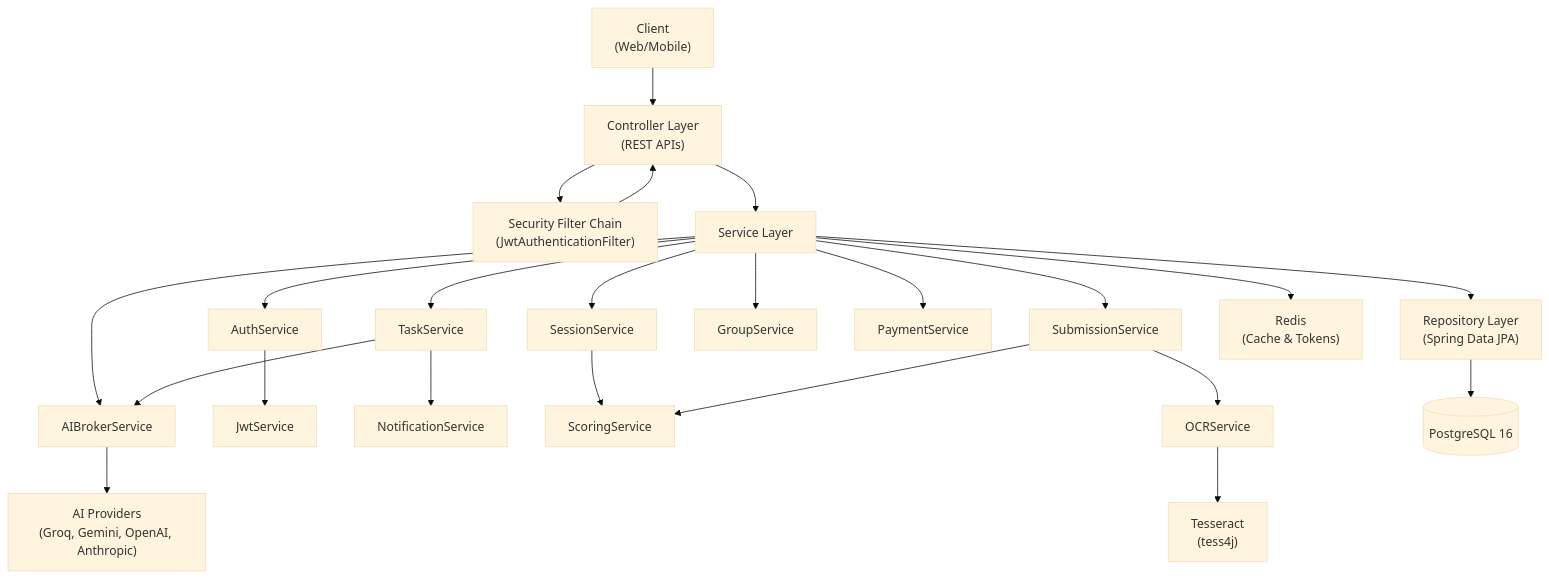
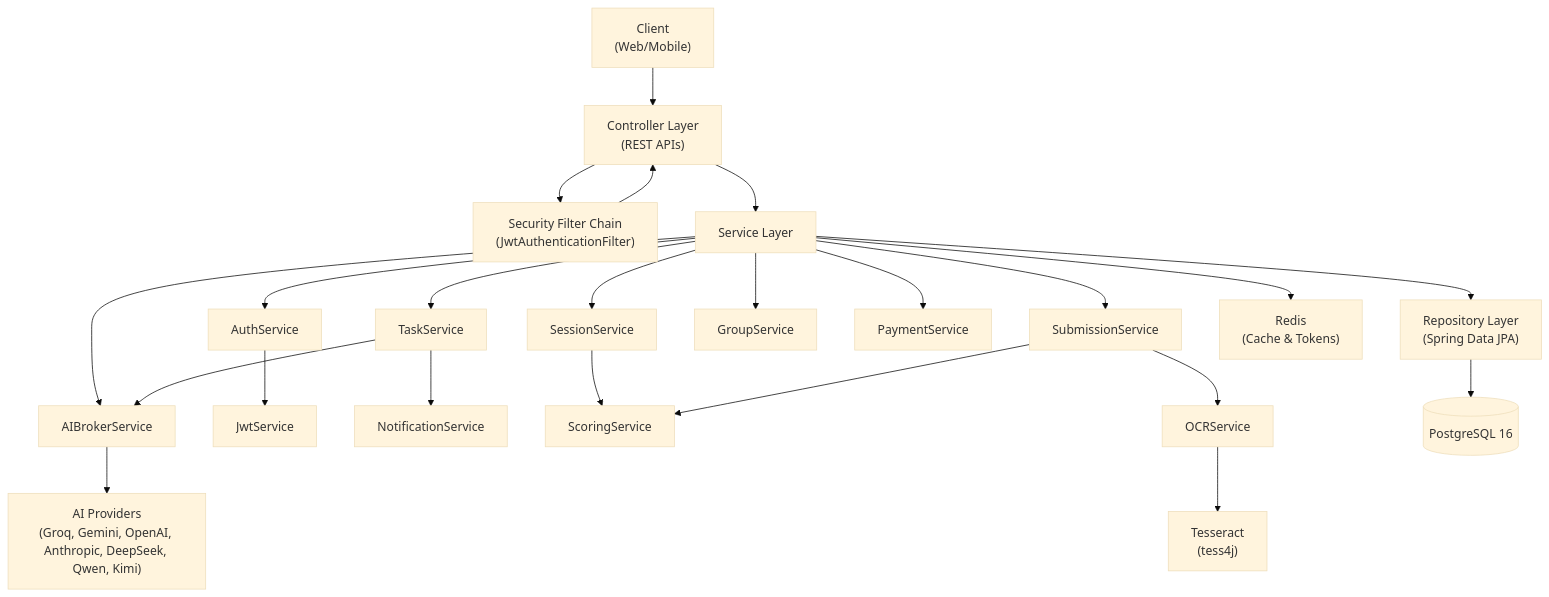
One commit to botmaksim/lingua-optima changed the first of 4 diagrams in docs/BACKEND.md. Above: the diagram before and after it, drawn with Mermaid (base theme). The commit also changed other lines of this file and 2 other files, not shown here.

````diff
--- a/docs/BACKEND.md
+++ b/docs/BACKEND.md
@@ -208,31 +208,31 @@
 ```mermaid
 flowchart TD
     Client["Client\n(Web/Mobile)"] --> Controller["Controller Layer\n(REST APIs)"]
     Controller --> Security["Security Filter Chain\n(JwtAuthenticationFilter)"]
     Security --> Controller
     
     Controller --> Service["Service Layer"]
     
     Service --> AuthService
     Service --> TaskService
     Service --> SessionService
     Service --> SubmissionService
     Service --> GroupService
     Service --> AIBrokerService
     Service --> PaymentService
     
     AuthService --> JwtService
     TaskService --> AIBrokerService
     TaskService --> NotificationService
     SessionService --> ScoringService
     SubmissionService --> OCRService
     SubmissionService --> ScoringService
     
     Service --> Repository["Repository Layer\n(Spring Data JPA)"]
     Service --> Cache["Redis\n(Cache & Tokens)"]
     
     Repository --> DB[("PostgreSQL 16")]
     
-    AIBrokerService --> Providers["AI Providers\n(Groq, Gemini, OpenAI, Anthropic)"]
+    AIBrokerService --> Providers["AI Providers\n(Groq, Gemini, OpenAI, Anthropic, DeepSeek, Qwen, Kimi)"]
     OCRService --> Tesseract["Tesseract\n(tess4j)"]
 ```
````
